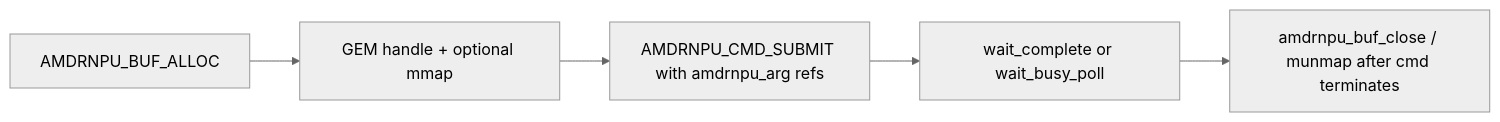
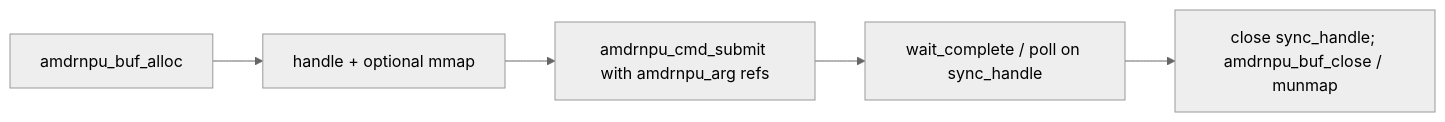
One commit to Xilinx/amdrnpu changed the third of 3 diagrams in docs/lib-userspace-flow.md. Above: the diagram before and after it, drawn with Mermaid (neutral theme). The commit also changed other lines of this file and 11 other files, not shown here.

````diff
--- a/docs/lib-userspace-flow.md
+++ b/docs/lib-userspace-flow.md
@@ -154,7 +167,7 @@
 ```mermaid
 flowchart LR
-    A[AMDRNPU_BUF_ALLOC] --> B[GEM handle + optional mmap]
-    B --> C[AMDRNPU_CMD_SUBMIT with amdrnpu_arg refs]
-    C --> D[wait_complete or wait_busy_poll]
-    D --> E[amdrnpu_buf_close / munmap after cmd terminates]
+    A[amdrnpu_buf_alloc] --> B[handle + optional mmap]
+    B --> C[amdrnpu_cmd_submit with amdrnpu_arg refs]
+    C --> D[wait_complete / poll on sync_handle]
+    D --> E[close sync_handle; amdrnpu_buf_close / munmap]
 ```
````
